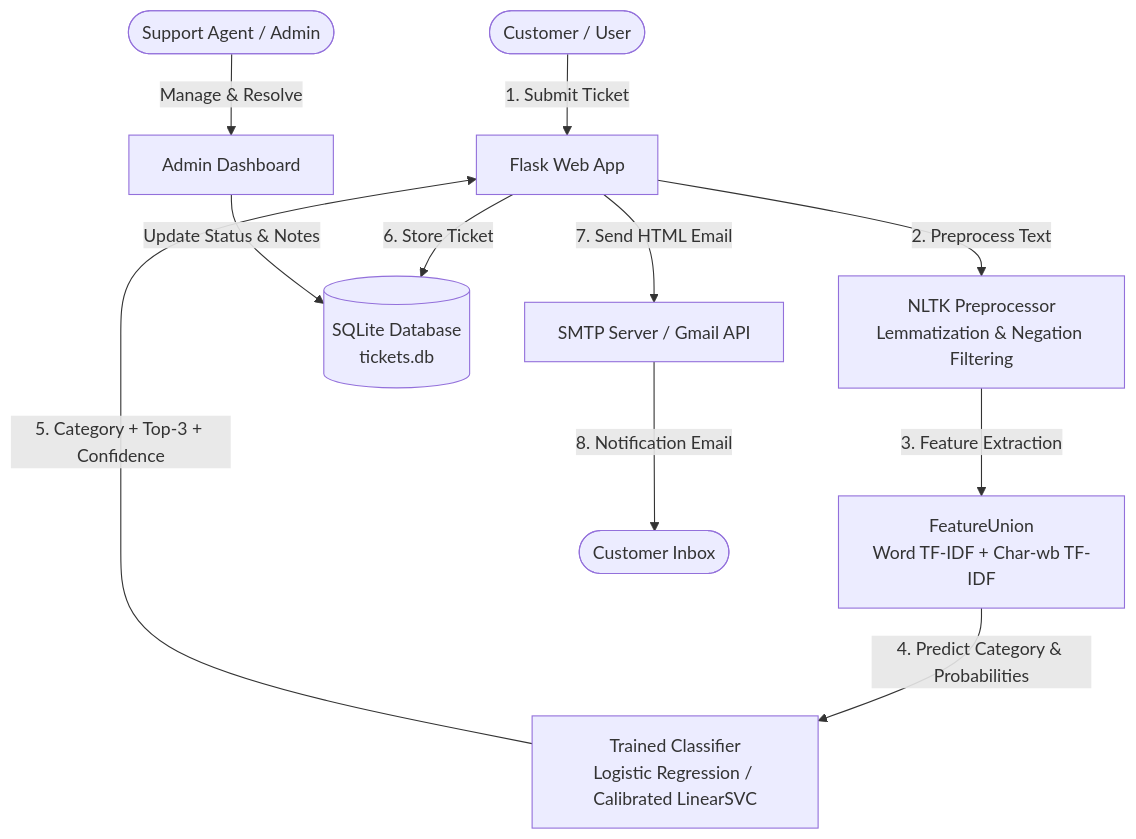
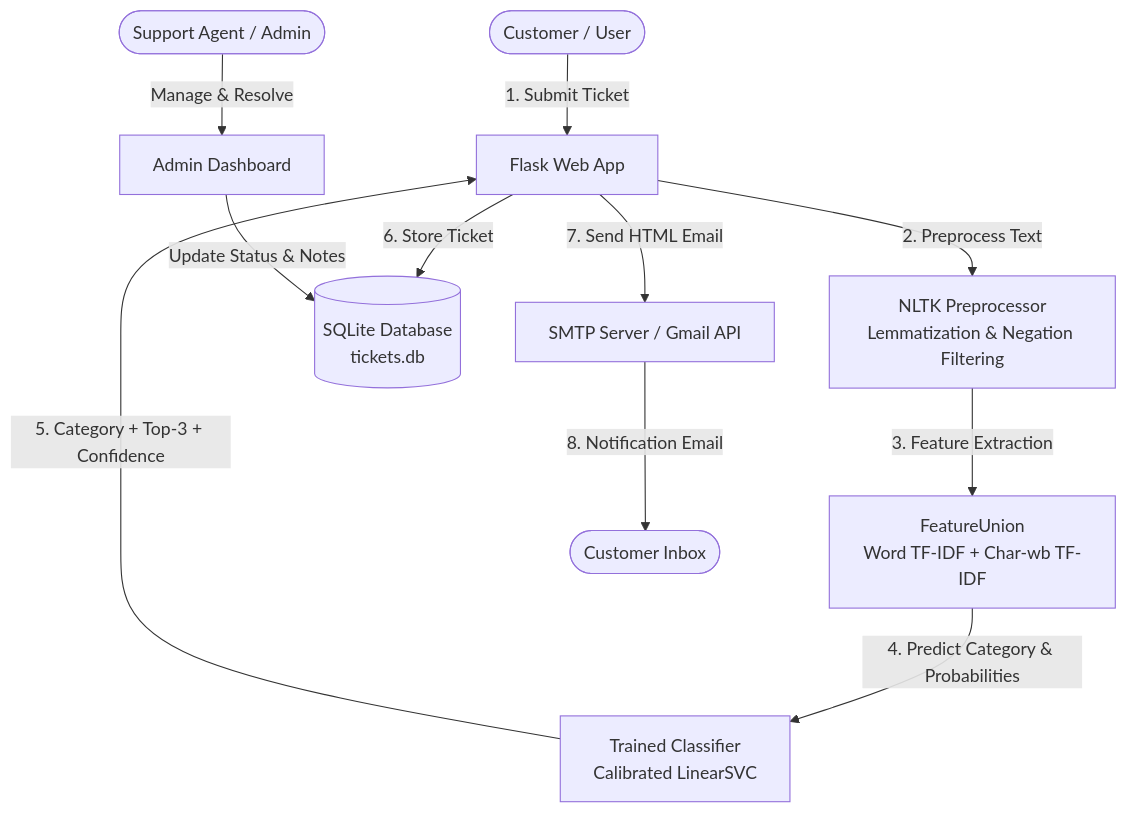
The diagram in README.md (irfan-shekh/ai_ticket), drawn with Mermaid before and after one commit. The commit also changed other lines of this file, not shown here.

````diff
--- a/README.md
+++ b/README.md
@@ -49,13 +49,13 @@
 ```mermaid
 graph TD
     User([Customer / User]) -->|1. Submit Ticket| WebUI[Flask Web App]
     WebUI -->|2. Preprocess Text| Preprocessor[NLTK Preprocessor<br/>Lemmatization & Negation Filtering]
     Preprocessor -->|3. Feature Extraction| Features[FeatureUnion<br/>Word TF-IDF + Char-wb TF-IDF]
-    Features -->|4. Predict Category & Probabilities| Model[Trained Classifier<br/>Logistic Regression / Calibrated LinearSVC]
+    Features -->|4. Predict Category & Probabilities| Model[Trained Classifier<br/>Calibrated LinearSVC]
     Model -->|5. Category + Top-3 + Confidence| WebUI
     WebUI -->|6. Store Ticket| DB[(SQLite Database<br/>tickets.db)]
     WebUI -->|7. Send HTML Email| SMTP[SMTP Server / Gmail API]
     SMTP -->|8. Notification Email| CustomerInbox([Customer Inbox])
     Admin([Support Agent / Admin]) -->|Manage & Resolve| AdminUI[Admin Dashboard]
     AdminUI -->|Update Status & Notes| DB
 ```
````
